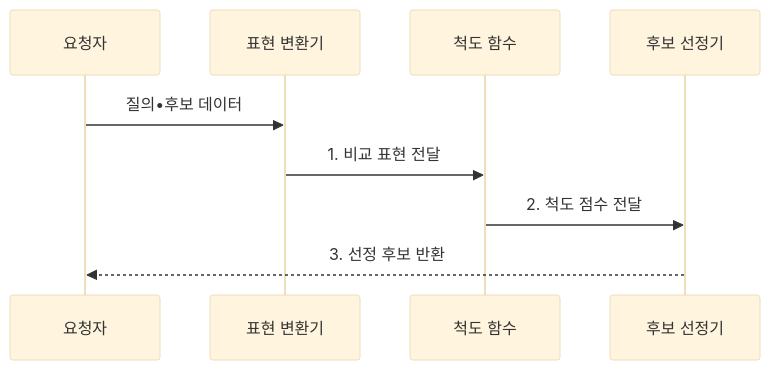
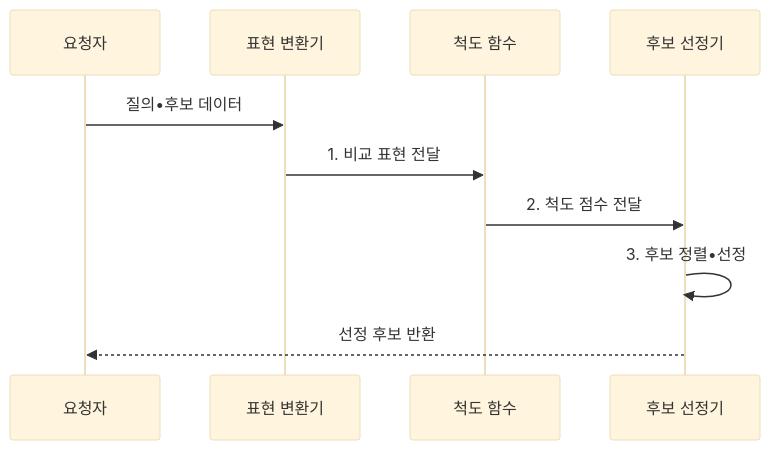
Before and after one commit to agnusdei1207/knowledge-base: the second of 2 diagrams in src/content/docs/notes/01-basic-theory/037_similarity_measures.md, drawn with Mermaid (base theme). The commit also changed other lines of this file and 20 other files, not shown here.

````diff
--- a/src/content/docs/notes/01-basic-theory/037_similarity_measures.md
+++ b/src/content/docs/notes/01-basic-theory/037_similarity_measures.md
@@ -78,11 +78,12 @@
 ```mermaid
 sequenceDiagram
     participant Q as 요청자
     participant T as 표현 변환기
     participant F as 척도 함수
     participant R as 후보 선정기
     Q->>T: 질의•후보 데이터
     T->>F: 1. 비교 표현 전달
     F->>R: 2. 척도 점수 전달
-    R-->>Q: 3. 선정 후보 반환
+    R->>R: 3. 후보 정렬•선정
+    R-->>Q: 선정 후보 반환
 ```
````
